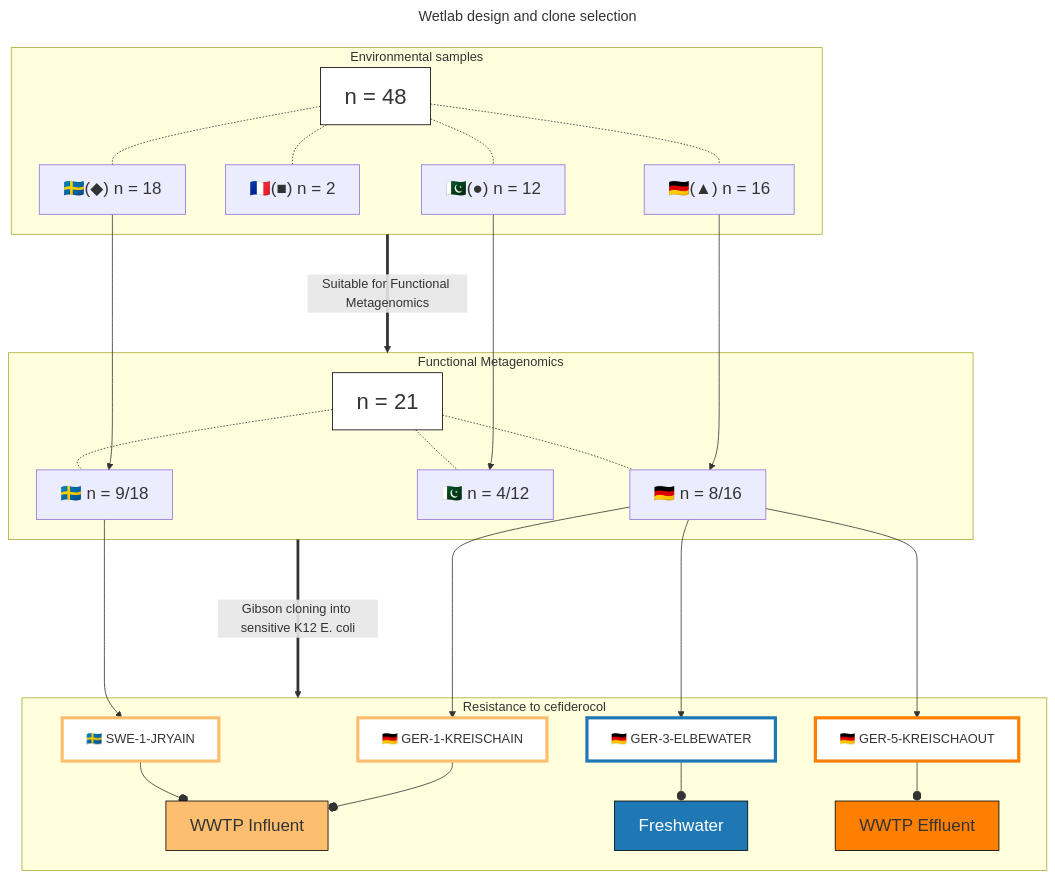
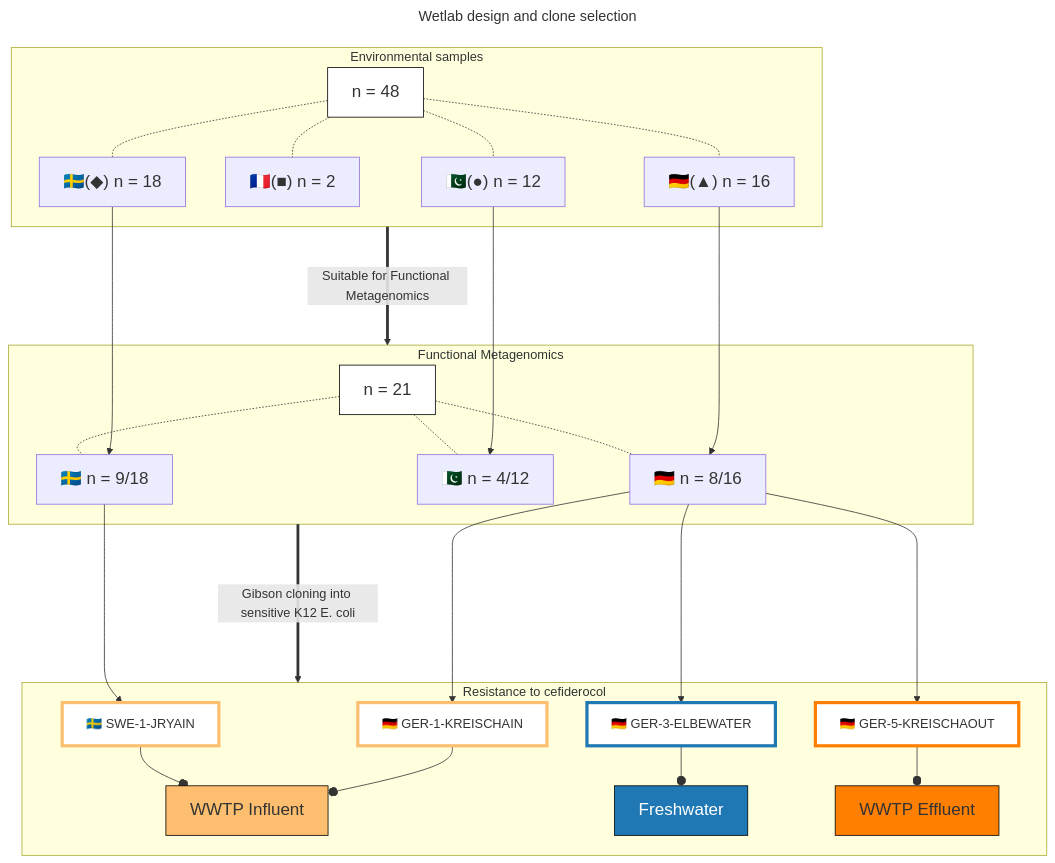
One commit to RemiGSC/Mgf_FDC changed the first of 2 diagrams in README.md. Above: the diagram before and after it, drawn with Mermaid.

````diff
--- a/README.md
+++ b/README.md
@@ -9,63 +9,63 @@
 ```mermaid
 ---
 title: Wetlab design and clone selection
 ---
 flowchart TD
 	subgraph ev [Environmental samples]
 		A[n = 48] -.- A1["🇸🇪(◆) n = 18"]
 		A -.- A2["🇫🇷(■) n = 2"]
 		A -.- A3["🇩🇪(▲) n = 16"]
 		A -.- A4["🇵🇰(●) n = 12"]
 	end
 
 	subgraph fmg [Functional Metagenomics]
 		B[n = 21] -.- B1[🇸🇪 n = 9/18]
 		B -.- B3[🇩🇪 n = 8/16]
 		B -.- B4[🇵🇰 n = 4/12]
 	end
 
 	subgraph Rcef [Resistance to cefiderocol]
 			C1[🇸🇪 SWE-1-JRYAIN] --o WWIN[WWTP Influent]
 			C3a[🇩🇪 GER-1-KREISCHAIN] --o WWIN[WWTP Influent]
 			C3b[🇩🇪 GER-3-ELBEWATER] --o Fresh[Freshwater]
 			C3c[🇩🇪 GER-5-KREISCHAOUT] --o WWEF[WWTP Effluent]
 	end
 
 
 ev ==>|Suitable for Functional Metagenomics| fmg
 
 fmg ===>|Gibson cloning into sensitive K12 E. coli| Rcef
 
 A1 ----> B1
 A3 ----> B3
 A4 ----> B4
 
 B1 ----> C1
 B3 ----> C3a
 B3 ----> C3b
 B3 ----> C3c
 
 
 
-style A stroke:#000,fill:#fff,font-size:120%
-style B stroke:#000,fill:#fff,font-size:120%
+style A stroke:#000,fill:#fff,font-size:110%
+style B stroke:#000,fill:#fff,font-size:110%
 
 style A1 font-size:110%
 style A2 font-size:110%
 style A3 font-size:110%
 style A4 font-size:110%
 style B1 font-size:110%
 style B3 font-size:110%
 style B4 font-size:110%
 
 style C1 stroke:#fdbf6f,fill:#fff,stroke-width:4px
 style C3a stroke:#fdbf6f,fill:#fff,stroke-width:4px
 style C3b stroke:#1f78b4,fill:#fff,stroke-width:4px
 style C3c stroke:#ff7f00,fill:#fff,stroke-width:4px
 
 style WWIN stroke:#000,fill:#fdbf6f,font-size:110%
 style Fresh stroke:#000,fill:#1f78b4,color:#fff,font-size:110%
 style WWEF stroke:#000,fill:#ff7f00,font-size:110%
 
 
 ```
````
